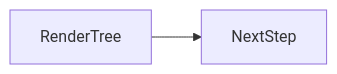
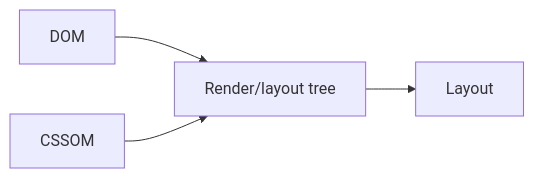
The second of 2 diagrams in docs/en/03-browser/render-tree/index.md (OmidJavaherii/Frontend-Engineering-Handbook), drawn with Mermaid before and after one commit. The commit also changed other lines of this file and 461 other files, not shown here.

````diff
--- a/docs/en/03-browser/render-tree/index.md
+++ b/docs/en/03-browser/render-tree/index.md
@@ -97,4 +108,5 @@
 ```mermaid
 flowchart LR
-  concept[RenderTree] --> nextStep[NextStep]
+  DOM --> Boxes[Render/layout tree]
+  CSSOM --> Boxes --> Layout
 ```
````
